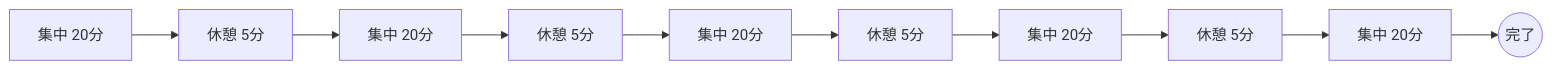
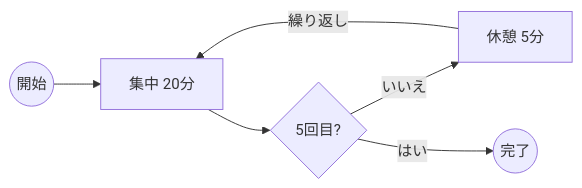
The diagram in README.md (T1763/FocusAlarm), drawn with Mermaid before and after one commit. The commit also changed other lines of this file, not shown here.

Commit message:
Use a loop in the session Mermaid diagram

````diff
--- a/README.md
+++ b/README.md
@@ -30,4 +30,8 @@
 ```mermaid
 flowchart LR
-    W1[集中 20分] --> B1[休憩 5分] --> W2[集中 20分] --> B2[休憩 5分] --> W3[集中 20分] --> B3[休憩 5分] --> W4[集中 20分] --> B4[休憩 5分] --> W5[集中 20分] --> E((完了))
+    S((開始)) --> W[集中 20分]
+    W --> Q{5回目?}
+    Q -- いいえ --> B[休憩 5分]
+    B -- 繰り返し --> W
+    Q -- はい --> E((完了))
 ```
````
